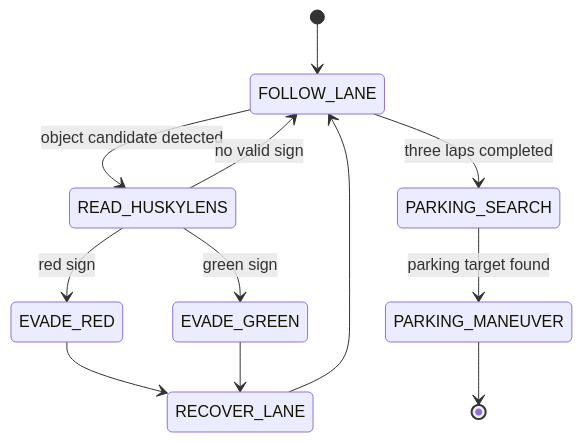
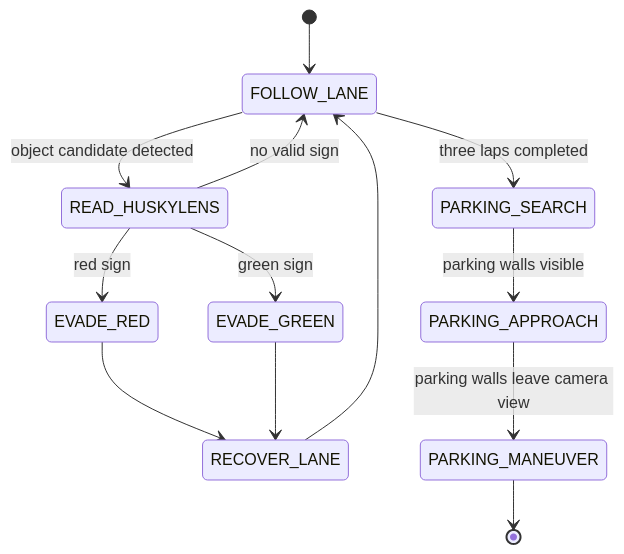
One commit to Yamilgmr/SKRobotics_WRO2026 changed the diagram in docs/07_obstacle_challenge_strategy.md. Above: the diagram before and after it, drawn with Mermaid. The commit also changed other lines of this file and 20 other files, not shown here.

````diff
--- a/docs/07_obstacle_challenge_strategy.md
+++ b/docs/07_obstacle_challenge_strategy.md
@@ -35,14 +35,15 @@
 ```mermaid
 stateDiagram-v2
     [*] --> FOLLOW_LANE
     FOLLOW_LANE --> READ_HUSKYLENS: object candidate detected
     READ_HUSKYLENS --> EVADE_RED: red sign
     READ_HUSKYLENS --> EVADE_GREEN: green sign
     READ_HUSKYLENS --> FOLLOW_LANE: no valid sign
     EVADE_RED --> RECOVER_LANE
     EVADE_GREEN --> RECOVER_LANE
     RECOVER_LANE --> FOLLOW_LANE
     FOLLOW_LANE --> PARKING_SEARCH: three laps completed
-    PARKING_SEARCH --> PARKING_MANEUVER: parking target found
+    PARKING_SEARCH --> PARKING_APPROACH: parking walls visible
+    PARKING_APPROACH --> PARKING_MANEUVER: parking walls leave camera view
     PARKING_MANEUVER --> [*]
 ```
````
